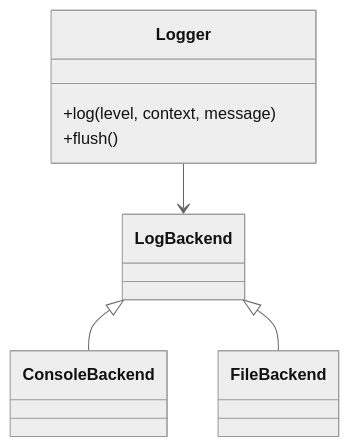
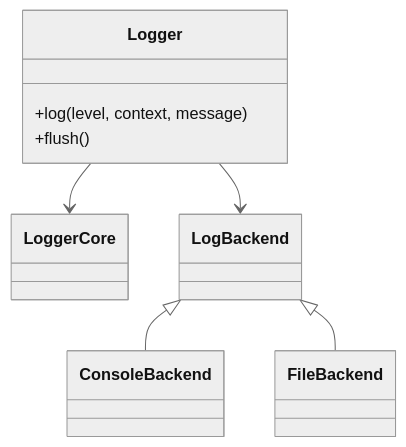
The first of 2 diagrams in readme.md (MikeDanton/MyLogger), drawn with Mermaid (neutral theme) before and after one commit. The commit also changed other lines of this file and 21 other files, not shown here.

````diff
--- a/readme.md
+++ b/readme.md
@@ -101,14 +109,16 @@
 ```mermaid
 classDiagram
     class Logger {
         +log(level, context, message)
         +flush()
     }
+    class LoggerCore
     class LogBackend
     class ConsoleBackend
     class FileBackend
 
+    Logger --> LoggerCore
     Logger --> LogBackend
     LogBackend <|-- ConsoleBackend
     LogBackend <|-- FileBackend
 ```
````
